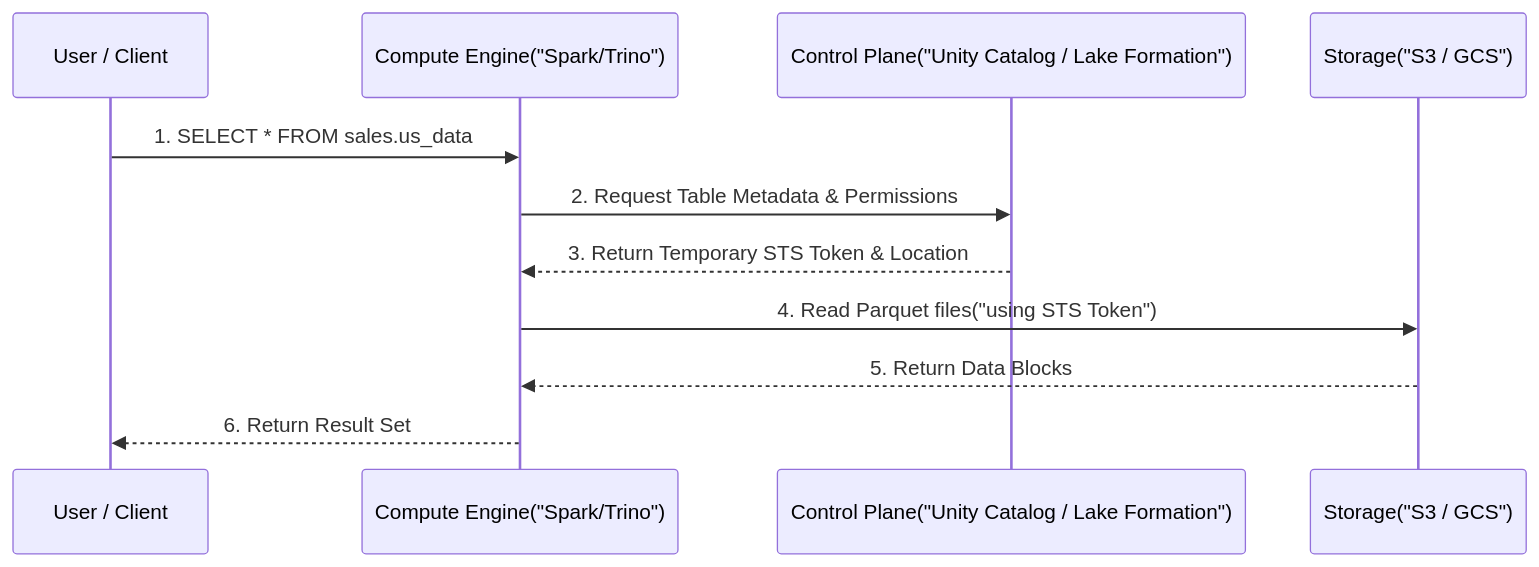
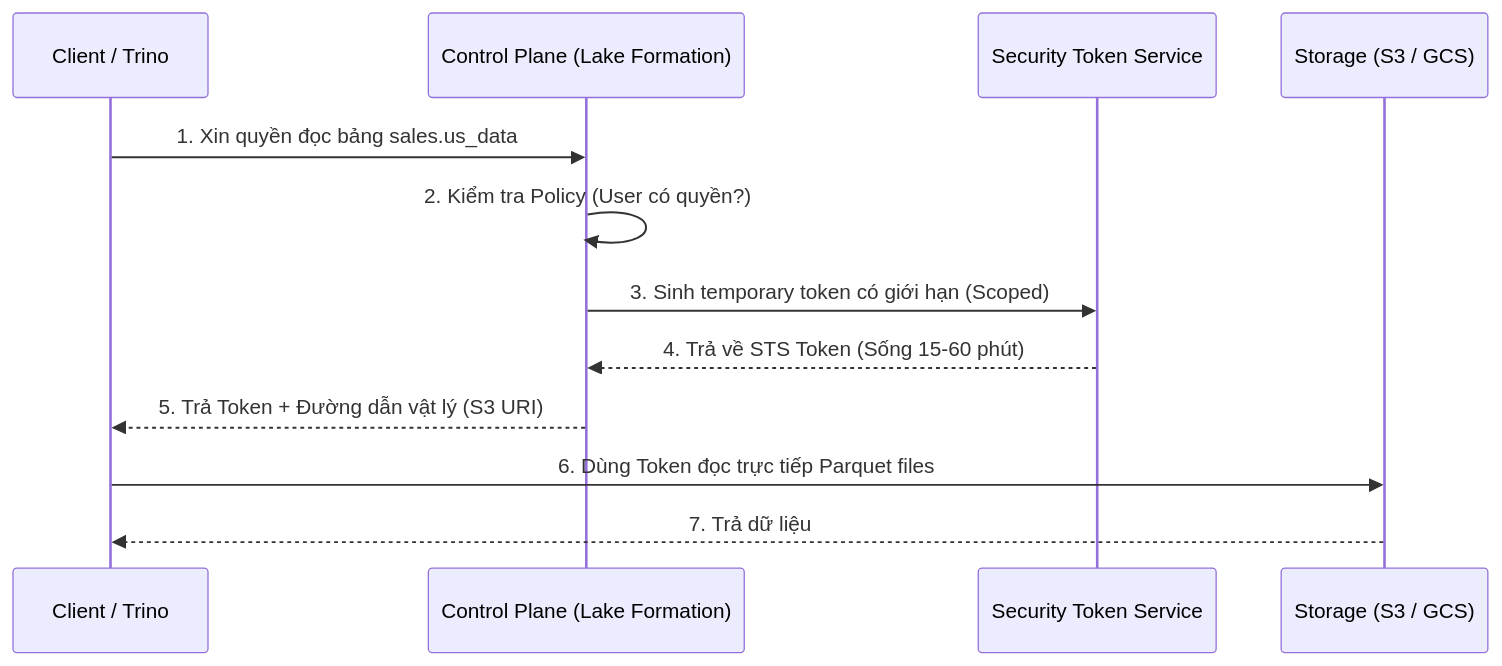
One commit to kythuatdulieu/kythuatdulieu.github.io changed the second of 2 diagrams in src/content/docs/concepts/8-security-governance-finops/data-governance.md. Above: the diagram before and after it, drawn with Mermaid. The commit also changed other lines of this file and 1 other file, not shown here.

Commit message:
rewrite(8-security-governance-finops): data-governance

````diff
--- a/src/content/docs/concepts/8-security-governance-finops/data-governance.md
+++ b/src/content/docs/concepts/8-security-governance-finops/data-governance.md
@@ -55,14 +87,15 @@
 ```mermaid
 sequenceDiagram
-    participant U as User / Client
-    participant C as Compute Engine("Spark/Trino")
-    participant CP as Control Plane("Unity Catalog / Lake Formation")
-    participant S as Storage("S3 / GCS")
+    participant U as Client / Trino
+    participant CP as Control Plane (Lake Formation)
+    participant STS as Security Token Service
+    participant S as Storage (S3 / GCS)
 
-    U->>C: 1. SELECT * FROM sales.us_data
-    C->>CP: 2. Request Table Metadata & Permissions
-    CP-->>C: 3. Return Temporary STS Token & Location
-    C->>S: 4. Read Parquet files("using STS Token")
-    S-->>C: 5. Return Data Blocks
-    C-->>U: 6. Return Result Set
+    U->>CP: 1. Xin quyền đọc bảng sales.us_data
+    CP->>CP: 2. Kiểm tra Policy (User có quyền?)
+    CP->>STS: 3. Sinh temporary token có giới hạn (Scoped)
+    STS-->>CP: 4. Trả về STS Token (Sống 15-60 phút)
+    CP-->>U: 5. Trả Token + Đường dẫn vật lý (S3 URI)
+    U->>S: 6. Dùng Token đọc trực tiếp Parquet files
+    S-->>U: 7. Trả dữ liệu
 ```
````
